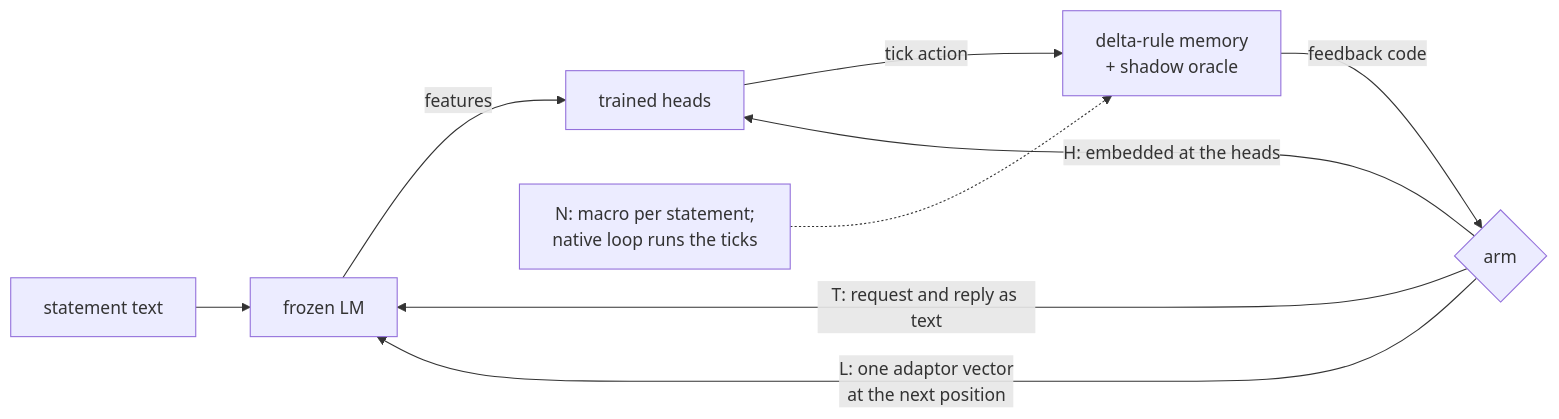
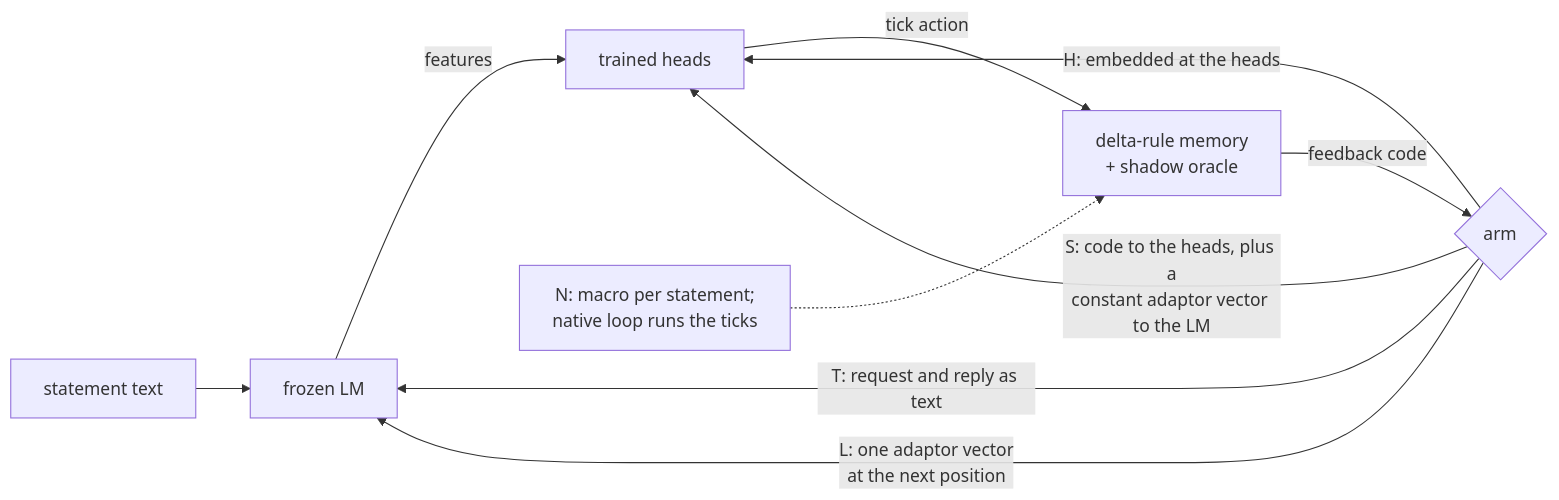
One commit to JGalego/latent-machines changed the third of 3 diagrams in src/latent_machines/experiments/README.md. Above: the diagram before and after it, drawn with Mermaid. The commit also changed other lines of this file and 2 other files, not shown here.

````diff
--- a/src/latent_machines/experiments/README.md
+++ b/src/latent_machines/experiments/README.md
@@ -67,11 +67,12 @@
 ```mermaid
 flowchart LR
     S["statement text"] --> LM["frozen LM"]
     LM -->|features| H["trained heads"]
     H -->|tick action| X["delta-rule memory<br/>+ shadow oracle"]
     X -->|"feedback code"| R{arm}
     R -->|"T: request and reply as text"| LM
     R -->|"L: one adaptor vector<br/>at the next position"| LM
     R -->|"H: embedded at the heads"| H
+    R -->|"S: code to the heads, plus a<br/>constant adaptor vector to the LM"| H
     N["N: macro per statement;<br/>native loop runs the ticks"] -.-> X
 ```
````
